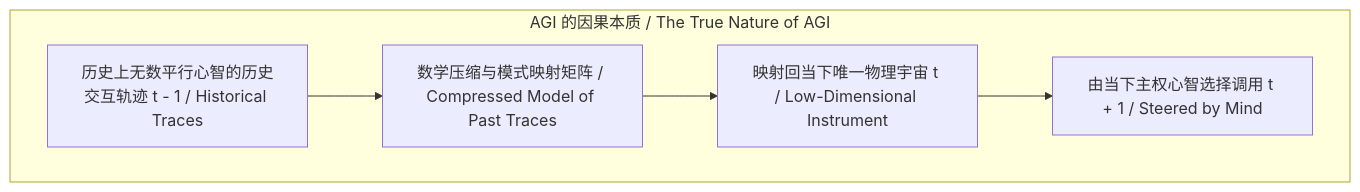
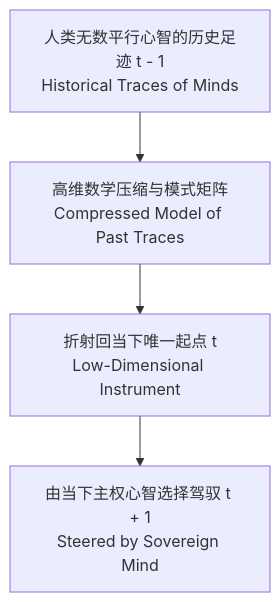
One commit to powerpig99/not-a-toe changed the seventh of 7 diagrams in content/posts/the-dissolution-of-the-great-reversal.md. Above: the diagram before and after it, drawn with Mermaid. The commit also changed other lines of this file, not shown here.

Commit message:
Optimize Post #314 Mermaid diagrams: enforce strict vertical stacking and compact multiline labels

````diff
--- a/content/posts/the-dissolution-of-the-great-reversal.md
+++ b/content/posts/the-dissolution-of-the-great-reversal.md
@@ -169,8 +186,6 @@
 ```mermaid
 flowchart TB
-    subgraph AGI_Origin["AGI 的因果本质 / The True Nature of AGI"]
-        H["历史上无数平行心智的历史交互轨迹 t - 1 / Historical Traces"] --> AGI["数学压缩与模式映射矩阵 / Compressed Model of Past Traces"]
-        AGI --> Tool["映射回当下唯一物理宇宙 t / Low-Dimensional Instrument"]
-        Tool --> Mind["由当下主权心智选择调用 t + 1 / Steered by Mind"]
-    end
+    H["人类无数平行心智的历史足迹 t - 1<br/>Historical Traces of Minds"] --> AGI["高维数学压缩与模式矩阵<br/>Compressed Model of Past Traces"]
+    AGI --> Tool["折射回当下唯一起点 t<br/>Low-Dimensional Instrument"]
+    Tool --> Mind["由当下主权心智选择驾驭 t + 1<br/>Steered by Sovereign Mind"]
 ```
````
